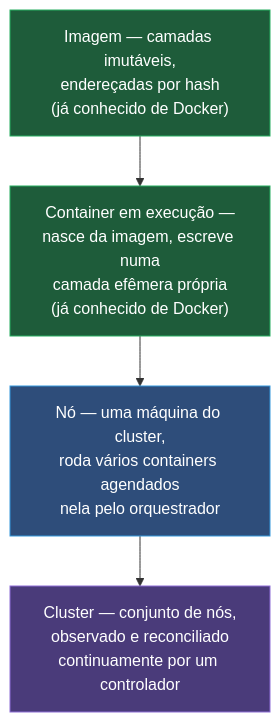
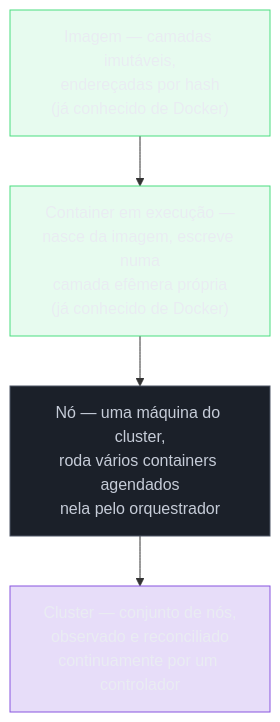
Before and after one commit to josenaldo/codex-technomanticus: the fourth of 4 diagrams in 03-Dominios/Tecnologia/Infraestrutura/Kubernetes/01 - O problema que orquestração resolve.md, drawn with Mermaid. The commit also changed other lines of this file and 1181 other files, not shown here.

First line of the commit message:
fix(diagramas): paleta do sistema no lugar de cor cravada no markdown

````diff
--- a/03-Dominios/Tecnologia/Infraestrutura/Kubernetes/01 - O problema que orquestração resolve.md
+++ b/03-Dominios/Tecnologia/Infraestrutura/Kubernetes/01 - O problema que orquestração resolve.md
@@ -289,11 +290,14 @@
 ```mermaid
 flowchart TB
+    classDef ok fill:#4ADE8021,stroke:#4ADE80,color:#E9ECF2
+    classDef neutro fill:#1B2029,stroke:#4E5666,color:#C6CCD8
+    classDef marca fill:#8855DF33,stroke:#8855DF,color:#E9ECF2
     Img["Imagem — camadas imutáveis,<br/>endereçadas por hash<br/>(já conhecido de Docker)"] --> Cont["Container em execução —<br/>nasce da imagem, escreve numa<br/>camada efêmera própria<br/>(já conhecido de Docker)"]
     Cont --> Node["Nó — uma máquina do cluster,<br/>roda vários containers agendados<br/>nela pelo orquestrador"]
     Node --> Cluster["Cluster — conjunto de nós,<br/>observado e reconciliado<br/>continuamente por um controlador"]
 
-    style Img fill:#1e5c3a,stroke:#27ae60,color:#fff
-    style Cont fill:#1e5c3a,stroke:#27ae60,color:#fff
-    style Node fill:#2e4d7a,stroke:#3498db,color:#fff
-    style Cluster fill:#4a3b7a,stroke:#8e6fd6,color:#fff
+    class Img ok
+    class Cont ok
+    class Node neutro
+    class Cluster marca
 ```
````
